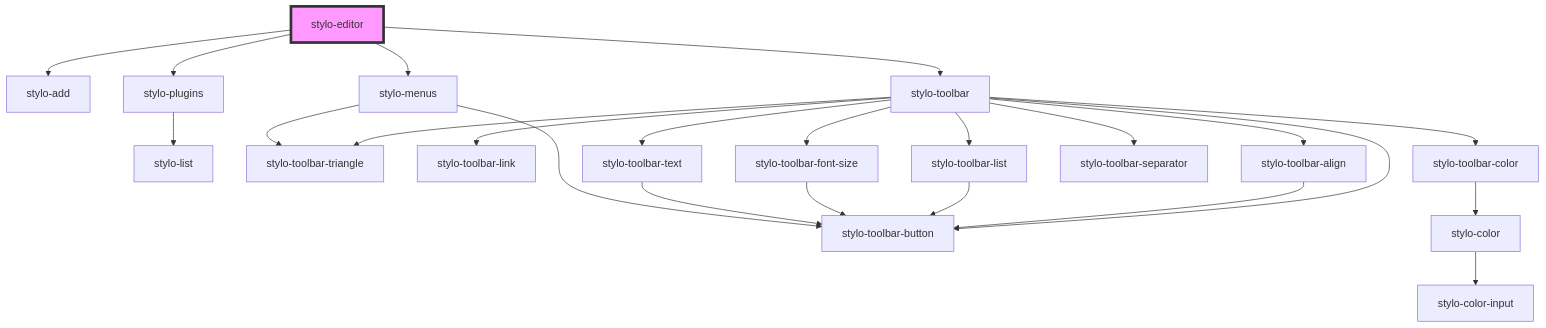
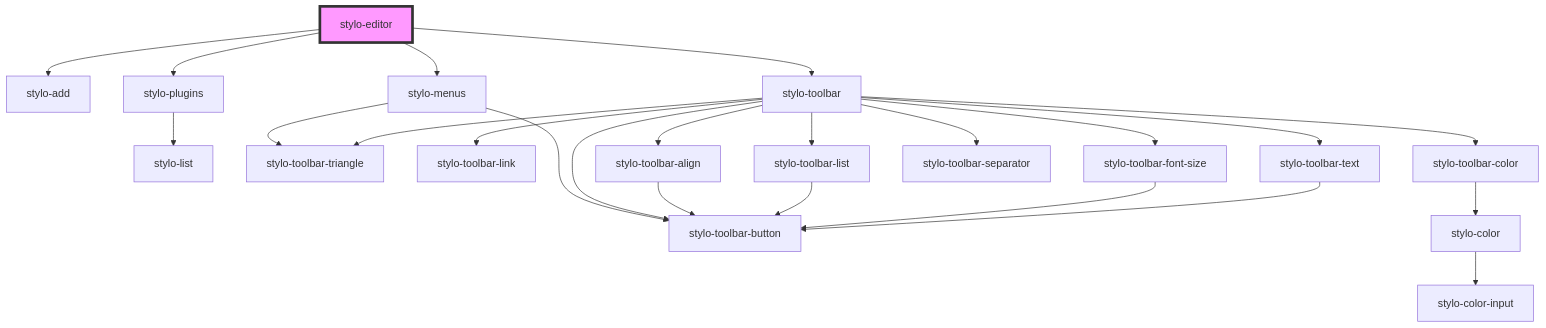
One commit to peterpeterparker/stylo changed the diagram in src/components/editor/readme.md. Above: the diagram before and after it, drawn with Mermaid. The commit also changed other lines of this file, not shown here.

Commit message:
docs: update graph

````diff
--- a/src/components/editor/readme.md
+++ b/src/components/editor/readme.md
@@ -23,26 +23,26 @@
 ```mermaid
 graph TD;
   stylo-editor --> stylo-add
   stylo-editor --> stylo-plugins
+  stylo-editor --> stylo-menus
   stylo-editor --> stylo-toolbar
-  stylo-editor --> stylo-menus
   stylo-plugins --> stylo-list
+  stylo-menus --> stylo-toolbar-triangle
+  stylo-menus --> stylo-toolbar-button
   stylo-toolbar --> stylo-toolbar-triangle
   stylo-toolbar --> stylo-toolbar-link
   stylo-toolbar --> stylo-toolbar-color
   stylo-toolbar --> stylo-toolbar-align
   stylo-toolbar --> stylo-toolbar-list
   stylo-toolbar --> stylo-toolbar-font-size
   stylo-toolbar --> stylo-toolbar-separator
   stylo-toolbar --> stylo-toolbar-button
   stylo-toolbar --> stylo-toolbar-text
   stylo-toolbar-color --> stylo-color
   stylo-color --> stylo-color-input
   stylo-toolbar-align --> stylo-toolbar-button
   stylo-toolbar-list --> stylo-toolbar-button
   stylo-toolbar-font-size --> stylo-toolbar-button
   stylo-toolbar-text --> stylo-toolbar-button
-  stylo-menus --> stylo-toolbar-triangle
-  stylo-menus --> stylo-toolbar-button
   style stylo-editor fill:#f9f,stroke:#333,stroke-width:4px
 ```
````
